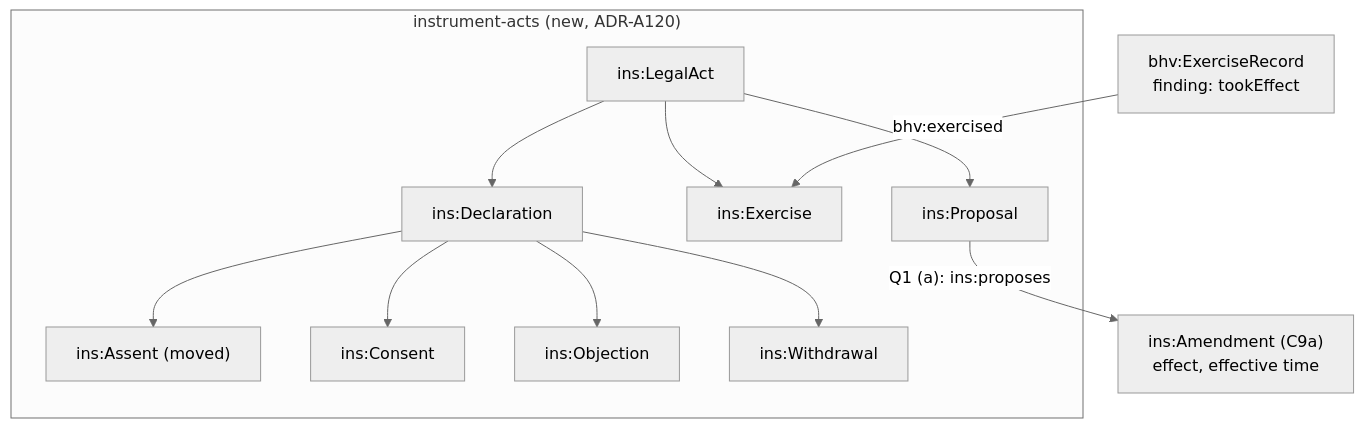
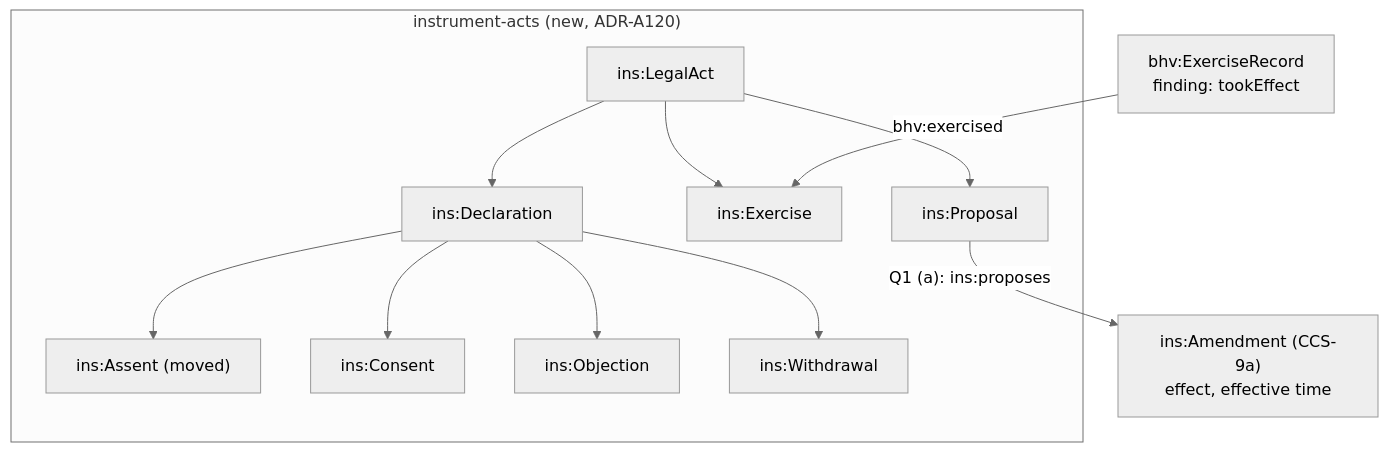
Before and after one commit to nebularis/lattice: diagram 19 of 36 in docs/developer/plans/computable-contract-substrate.md, drawn with Mermaid (neutral theme). The commit also changed other lines of this file and 422 other files, not shown here.

````diff
--- a/docs/developer/plans/computable-contract-substrate.md
+++ b/docs/developer/plans/computable-contract-substrate.md
@@ -3454,24 +3455,24 @@
 ```mermaid
 flowchart TB
     subgraph acts["instrument-acts (new, ADR-A120)"]
         LA["ins:LegalAct"]
         D["ins:Declaration"]
         AS["ins:Assent (moved)"]
         CO["ins:Consent"]
         OB["ins:Objection"]
         WD["ins:Withdrawal"]
         EX["ins:Exercise"]
         PR["ins:Proposal"]
         LA --> D
         D --> AS
         D --> CO
         D --> OB
         D --> WD
         LA --> EX
         LA --> PR
     end
-    AM["ins:Amendment (C9a)<br/>effect, effective time"]
+    AM["ins:Amendment (CCS-9a)<br/>effect, effective time"]
     PR -- "Q1 (a): ins:proposes" --> AM
     BR["bhv:ExerciseRecord<br/>finding: tookEffect"]
     BR -- "bhv:exercised" --> EX
 ```
````
